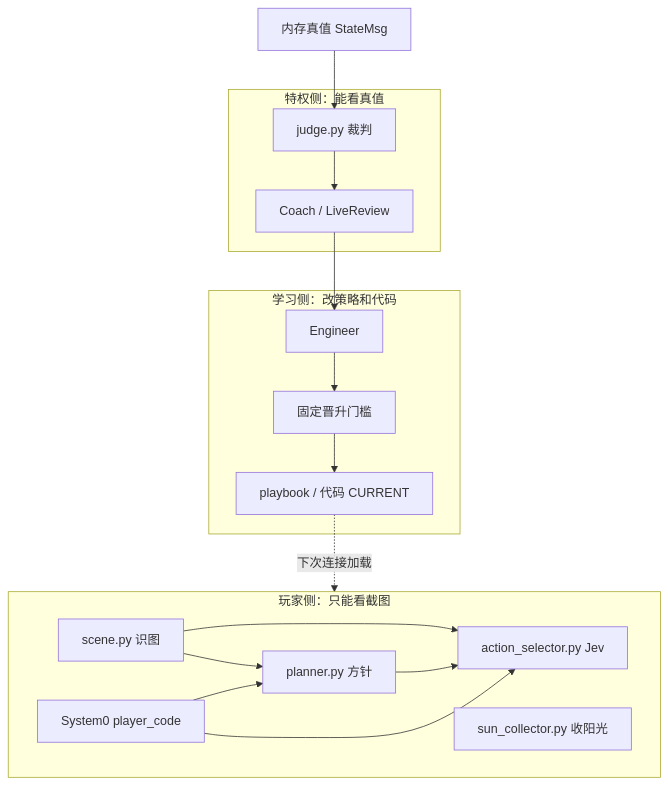
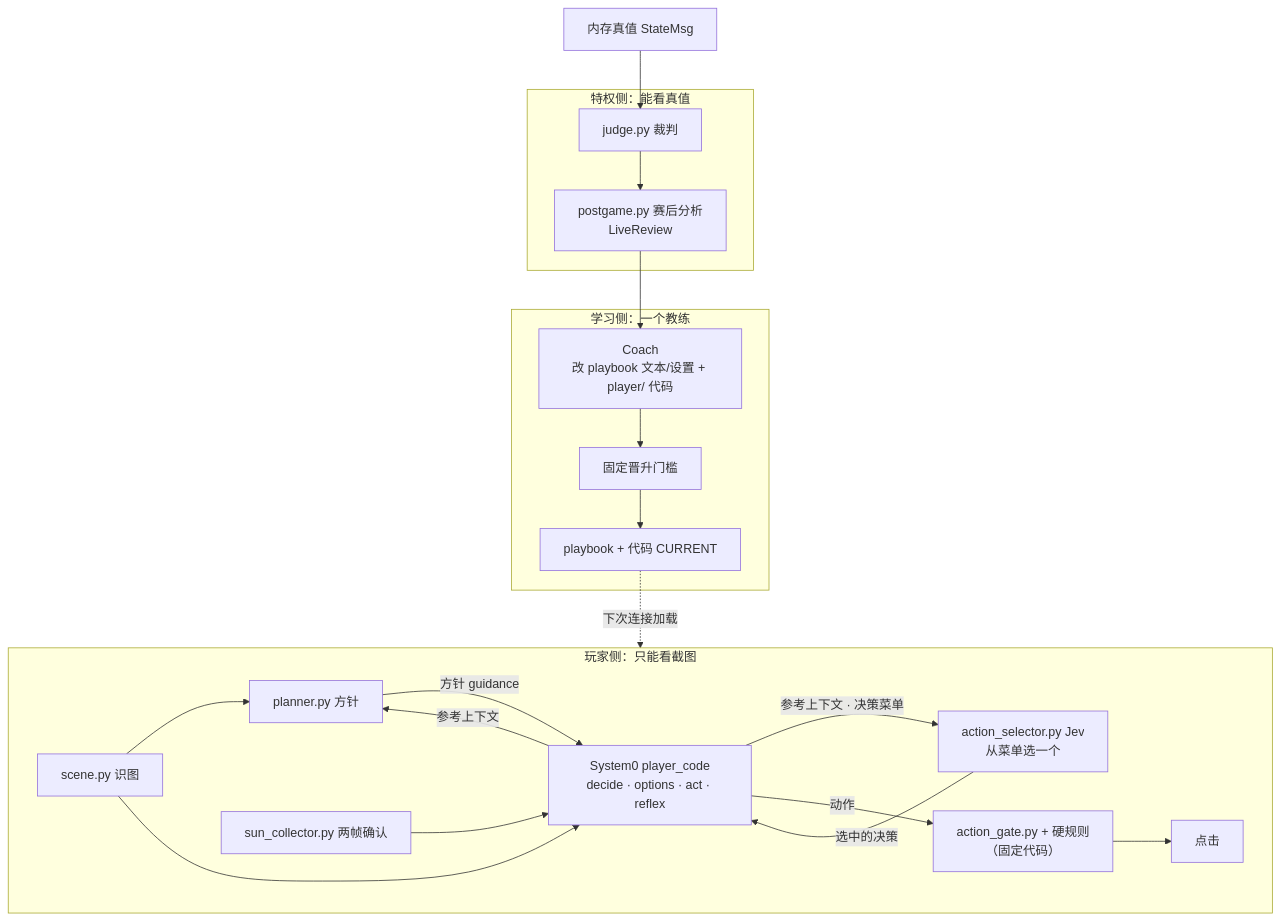
Before and after one commit to Fongkai289/pvz-harness: the second of 5 diagrams in docs/ARCHITECTURE.md, drawn with Mermaid. The commit also changed other lines of this file and 118 other files, not shown here.

````diff
--- a/docs/ARCHITECTURE.md
+++ b/docs/ARCHITECTURE.md
@@ -66,23 +66,26 @@
 ```mermaid
 flowchart TB
   subgraph PLAYER["玩家侧：只能看截图"]
     P1["scene.py 识图"] --> P2["planner.py 方针"]
-    P1 --> P3["action_selector.py Jev"]
-    P2 --> P3
-    P4["sun_collector.py 收阳光"]
-    P5["System0 player_code"] --> P2
-    P5 --> P3
+    P2 -- "方针 guidance" --> P5["System0 player_code<br/>decide · options · act · reflex"]
+    P5 -- "参考上下文 · 决策菜单" --> P3["action_selector.py Jev<br/>从菜单选一个"]
+    P5 -- "参考上下文" --> P2
+    P3 -- "选中的决策" --> P5
+    P1 --> P5
+    P5 -- "动作" --> GATE["action_gate.py + 硬规则<br/>（固定代码）"]
+    P4["sun_collector.py 两帧确认"] --> P5
+    GATE --> CLICK["点击"]
   end
   subgraph PRIV["特权侧：能看真值"]
     J["judge.py 裁判"]
-    C["Coach / LiveReview"]
+    A["postgame.py 赛后分析<br/>LiveReview"]
   end
-  subgraph LEARN["学习侧：改策略和代码"]
-    E["Engineer"] --> G["固定晋升门槛"]
-    G --> V["playbook / 代码 CURRENT"]
+  subgraph LEARN["学习侧：一个教练"]
+    C["Coach<br/>改 playbook 文本/设置 + player/ 代码"] --> G["固定晋升门槛"]
+    G --> V["playbook + 代码 CURRENT"]
   end
   MEMSTATE["内存真值 StateMsg"] --> J
-  J --> C
-  C --> E
+  J --> A
+  A --> C
   V -. "下次连接加载" .-> PLAYER
 ```
````
